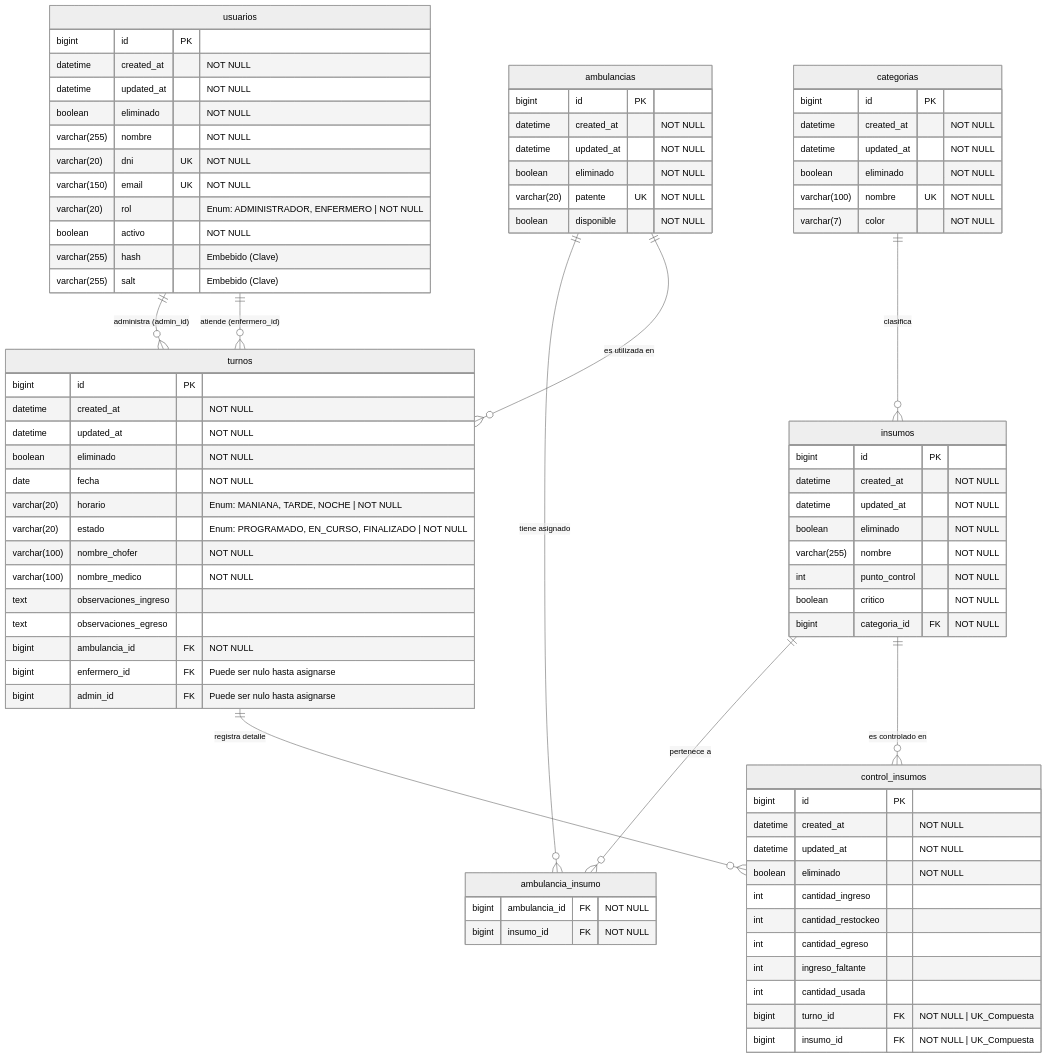
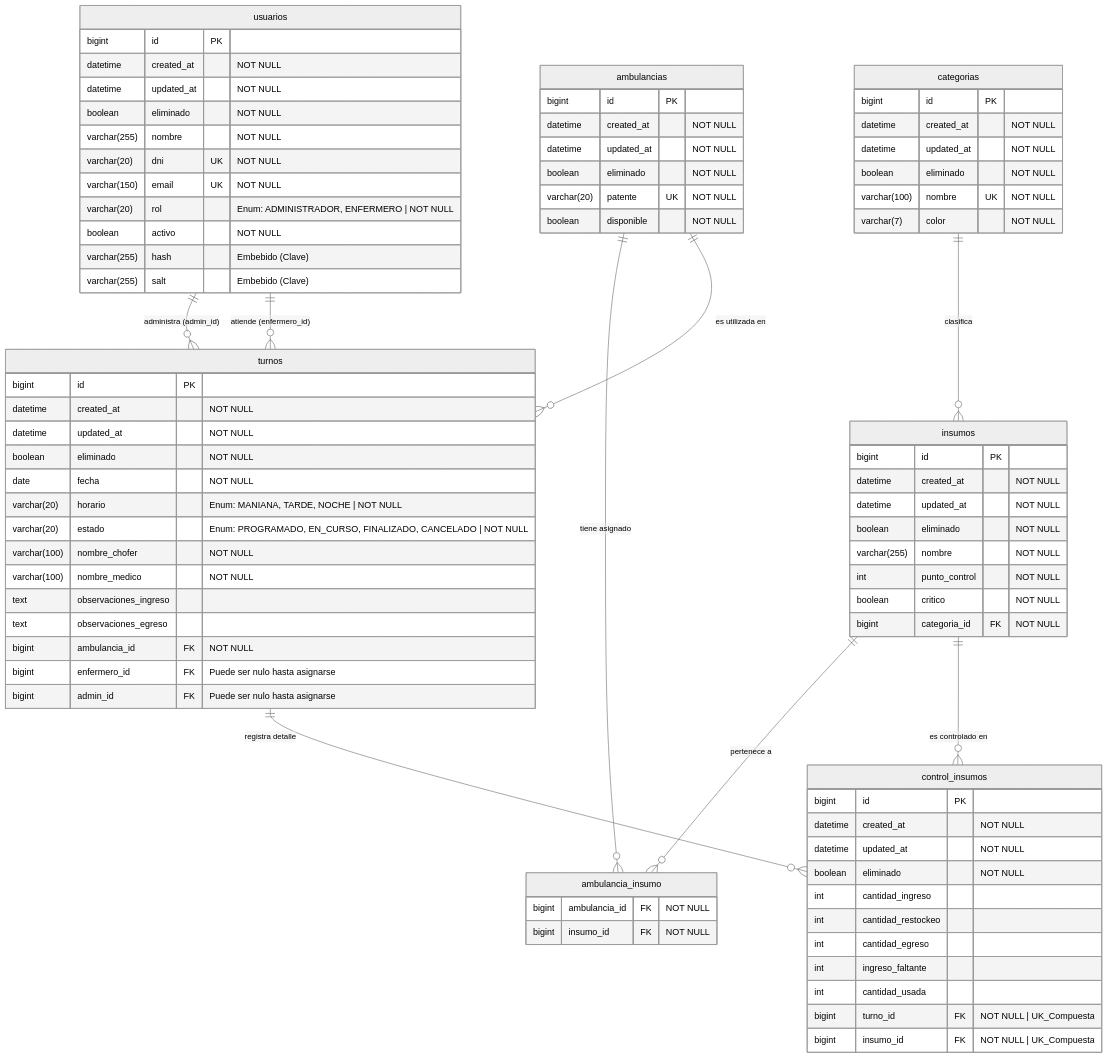
One commit to andresbonelli/UTN-TUPaD-TFI changed the diagram in docs/DER.md. Above: the diagram before and after it, drawn with Mermaid (neutral theme). The commit also changed 12 other files, not shown here.

```diff
--- a/docs/DER.md
+++ b/docs/DER.md
@@ -57,7 +57,7 @@
         boolean eliminado "NOT NULL"
         date fecha "NOT NULL"
         varchar(20) horario "Enum: MANIANA, TARDE, NOCHE | NOT NULL"
-        varchar(20) estado "Enum: PROGRAMADO, EN_CURSO, FINALIZADO | NOT NULL"
+        varchar(20) estado "Enum: PROGRAMADO, EN_CURSO, FINALIZADO, CANCELADO | NOT NULL"
         varchar(100) nombre_chofer "NOT NULL"
         varchar(100) nombre_medico "NOT NULL"
         text observaciones_ingreso
```
